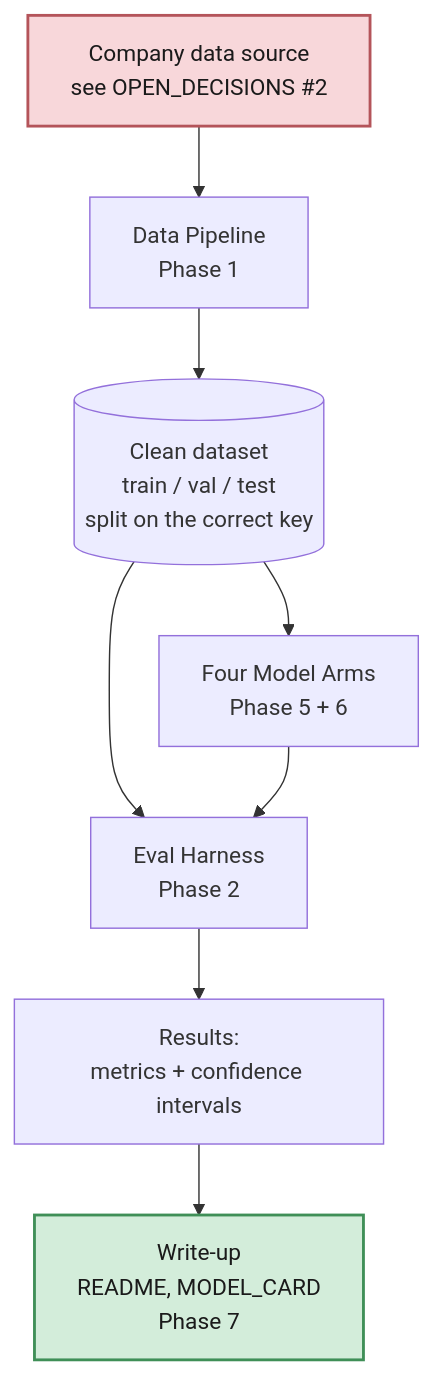
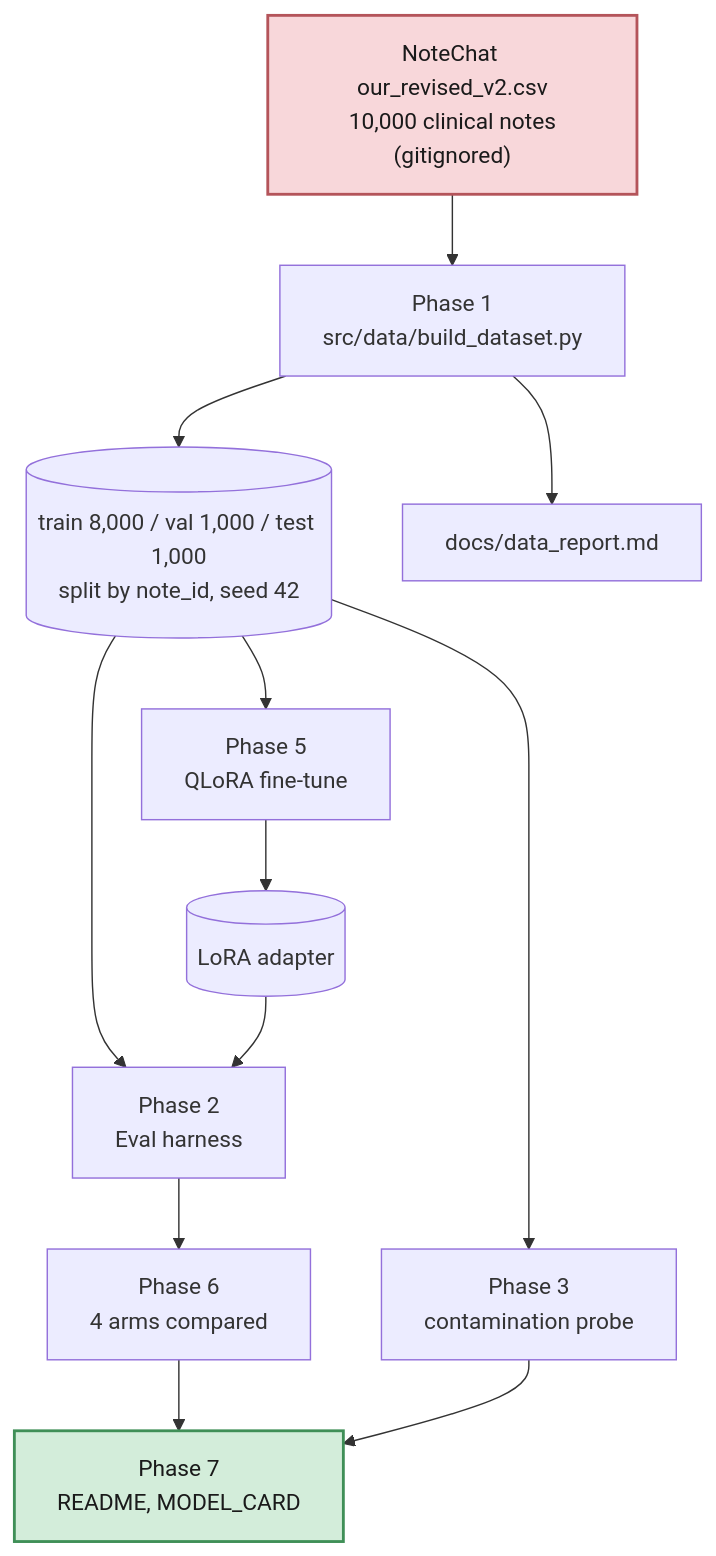
Before and after one commit to Akashkar00/notechat-qlora-eval: the first of 6 diagrams in docs/ARCHITECTURE.md, drawn with Mermaid. The commit also changed other lines of this file and 19 other files, not shown here.

First line of the commit message:
Rigor pass: deterministic eval, faithfulness metric, arm 4, Phase 3

````diff
--- a/docs/ARCHITECTURE.md
+++ b/docs/ARCHITECTURE.md
@@ -14,15 +16,20 @@
 ```mermaid
 flowchart TD
-    A[Company data source\nsee OPEN_DECISIONS #2] --> B[Data Pipeline\nPhase 1]
-    B --> C[(Clean dataset\ntrain / val / test\nsplit on the correct key)]
+    RAW["NoteChat our_revised_v2.csv<br/>10,000 clinical notes<br/>(gitignored)"] --> BUILD["Phase 1<br/>src/data/build_dataset.py"]
+    BUILD --> SPLIT[("train 8,000 / val 1,000 / test 1,000<br/>split by note_id, seed 42")]
+    BUILD --> DREPORT["docs/data_report.md"]
 
-    C --> D[Eval Harness\nPhase 2]
-    C --> E[Four Model Arms\nPhase 5 + 6]
+    SPLIT --> TRAIN["Phase 5<br/>QLoRA fine-tune"]
+    TRAIN --> ADAPTER[("LoRA adapter")]
 
-    E --> D
-    D --> F[Results:\nmetrics + confidence intervals]
-    F --> G[Write-up\nREADME, MODEL_CARD\nPhase 7]
+    SPLIT --> HARNESS["Phase 2<br/>Eval harness"]
+    ADAPTER --> HARNESS
+    HARNESS --> RESULTS["Phase 6<br/>4 arms compared"]
+    RESULTS --> WRITEUP["Phase 7<br/>README, MODEL_CARD"]
 
-    style A fill:#f8d7da,stroke:#b4545a,stroke-width:2px,color:#1a1a1a
-    style G fill:#d3edda,stroke:#3f8f57,stroke-width:2px,color:#1a1a1a
+    SPLIT --> CONTAM["Phase 3<br/>contamination probe"]
+    CONTAM --> WRITEUP
+
+    style RAW fill:#f8d7da,stroke:#b4545a,stroke-width:2px,color:#1a1a1a
+    style WRITEUP fill:#d3edda,stroke:#3f8f57,stroke-width:2px,color:#1a1a1a
 ```
````
